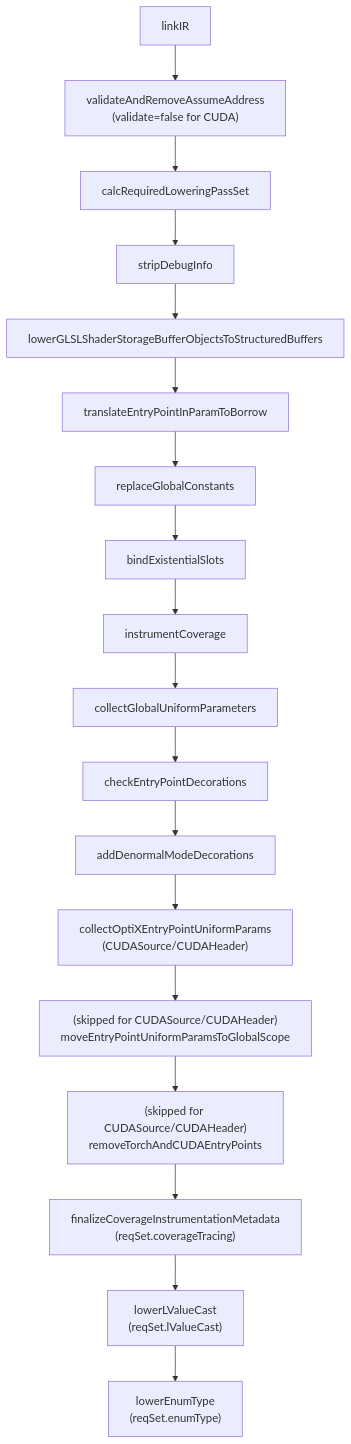
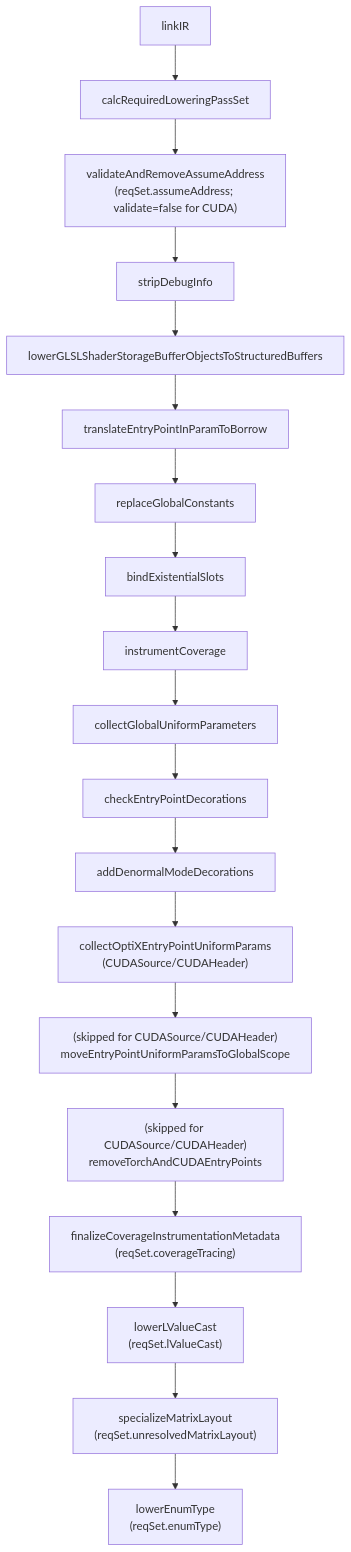
Before and after one commit to shader-slang/slang: the second of 5 diagrams in docs/generated/design/target-pipelines/cuda.md, drawn with Mermaid. The commit also changed other lines of this file and 28 other files, not shown here.

````diff
--- a/docs/generated/design/target-pipelines/cuda.md
+++ b/docs/generated/design/target-pipelines/cuda.md
@@ -138,24 +140,25 @@
 ```mermaid
 flowchart TD
   linkIRn[linkIR]
-  vaaaCuda["validateAndRemoveAssumeAddress<br/>(validate=false for CUDA)"]
+  vaaaCuda["validateAndRemoveAssumeAddress<br/>(reqSet.assumeAddress; validate=false for CUDA)"]
   reqSet1[calcRequiredLoweringPassSet]
   stripDI[stripDebugInfo]
   ssbo[lowerGLSLShaderStorageBufferObjectsToStructuredBuffers]
   tEPInBorrow[translateEntryPointInParamToBorrow]
   rGC[replaceGlobalConstants]
   bES[bindExistentialSlots]
   iC[instrumentCoverage]
   cGUP[collectGlobalUniformParameters]
   cEPD[checkEntryPointDecorations]
   aDMD[addDenormalModeDecorations]
   cOEPUP["collectOptiXEntryPointUniformParams<br/>(CUDASource/CUDAHeader)"]
   skip_mEPUP["(skipped for CUDASource/CUDAHeader)<br/>moveEntryPointUniformParamsToGlobalScope"]
   skip_rTCEP["(skipped for CUDASource/CUDAHeader)<br/>removeTorchAndCUDAEntryPoints"]
   fCIM["finalizeCoverageInstrumentationMetadata<br/>(reqSet.coverageTracing)"]
   lLVC["lowerLValueCast<br/>(reqSet.lValueCast)"]
+  sML["specializeMatrixLayout<br/>(reqSet.unresolvedMatrixLayout)"]
   lET["lowerEnumType<br/>(reqSet.enumType)"]
 
-  linkIRn --> vaaaCuda --> reqSet1 --> stripDI --> ssbo --> tEPInBorrow --> rGC --> bES --> iC --> cGUP --> cEPD --> aDMD --> cOEPUP
-  cOEPUP --> skip_mEPUP --> skip_rTCEP --> fCIM --> lLVC --> lET
+  linkIRn --> reqSet1 --> vaaaCuda --> stripDI --> ssbo --> tEPInBorrow --> rGC --> bES --> iC --> cGUP --> cEPD --> aDMD --> cOEPUP
+  cOEPUP --> skip_mEPUP --> skip_rTCEP --> fCIM --> lLVC --> sML --> lET
 ```
````
